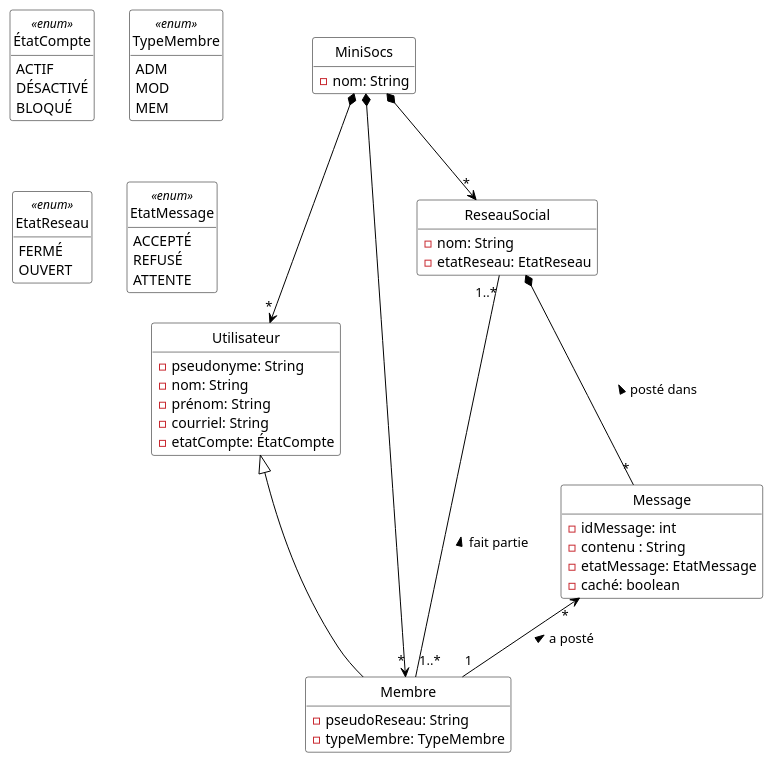
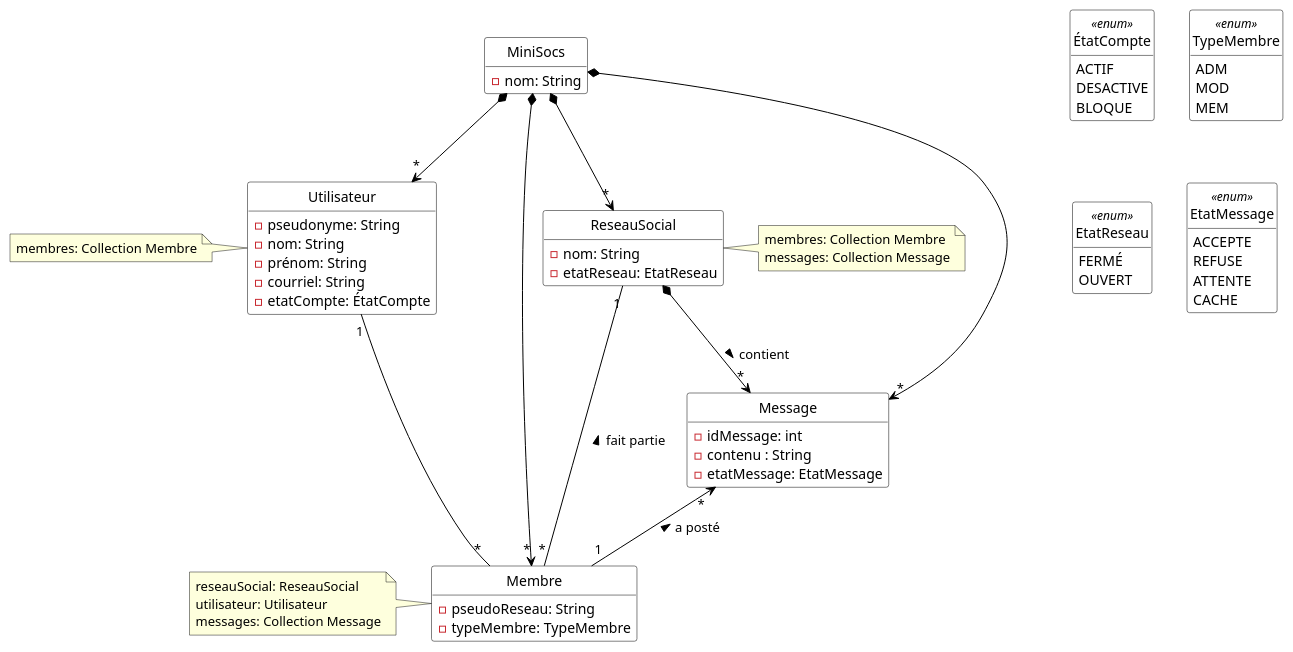
Before and after one commit to ThELud0/Minisocs: the diagram in Diagrammes/minisocs_uml_diag_classes_sans_notif.pu, drawn with PlantUML. The commit also changed 2 other files, not shown here.

```diff
--- a/Diagrammes/minisocs_uml_diag_classes_sans_notif.pu
+++ b/Diagrammes/minisocs_uml_diag_classes_sans_notif.pu
@@ -1,71 +1,80 @@
 @startuml
 
 'Diagramme de classes (PlantUML)'
 
 'Configuration charte graphique'
 hide empty methods
 hide circle
 skinparam class {
   BackgroundColor White
   ArrowColor Black
   BorderColor Black
 }
 
 'Classes, énumérations, etc.'
 
 class MiniSocs {
   - nom: String
 }
 class Utilisateur {
   - pseudonyme: String
   - nom: String
   - prénom: String
   - courriel: String
   - etatCompte: ÉtatCompte
 }
+
+note left of Utilisateur: membres: Collection Membre
+
 enum ÉtatCompte <<enum>> {
   ACTIF
-  DÉSACTIVÉ
-  BLOQUÉ
+  DESACTIVE
+  BLOQUE
 }
 class Membre {
   - pseudoReseau: String
   - typeMembre: TypeMembre
 }
+
+note left of Membre: reseauSocial: ReseauSocial\nutilisateur: Utilisateur\nmessages: Collection Message
+
 enum TypeMembre <<enum>> {
   ADM
   MOD
   MEM
 }
 class ReseauSocial {
   - nom: String
   - etatReseau: EtatReseau
 }
+
+note right of ReseauSocial: membres: Collection Membre\nmessages: Collection Message
+
 enum EtatReseau <<enum>> {
   FERMÉ
   OUVERT
 }
 class Message {
   - idMessage: int
   - contenu : String
   - etatMessage: EtatMessage
-  - caché: boolean
 }
 enum EtatMessage <<enum>> {
-  ACCEPTÉ
-  REFUSÉ
+  ACCEPTE
+  REFUSE
   ATTENTE
+  CACHE
 }
 
 'Associations, etc.'
 MiniSocs *--> "*" Utilisateur
 MiniSocs *--> "*" Membre
+MiniSocs *--> "*" Message
 MiniSocs *--> "*" ReseauSocial
-Utilisateur <|-- Membre
-ReseauSocial "1..*" -- "1..*" Membre : < fait partie
+Utilisateur "1" -- "*" Membre
+ReseauSocial "1" -- "*" Membre : < fait partie
 Message "*"<-- "1" Membre : < a posté
-ReseauSocial *-- "*" Message : < posté dans
-
+ReseauSocial *--> "*" Message : > contient
 'Au besoin, aides pour le positionnement'
 
 @enduml
```
